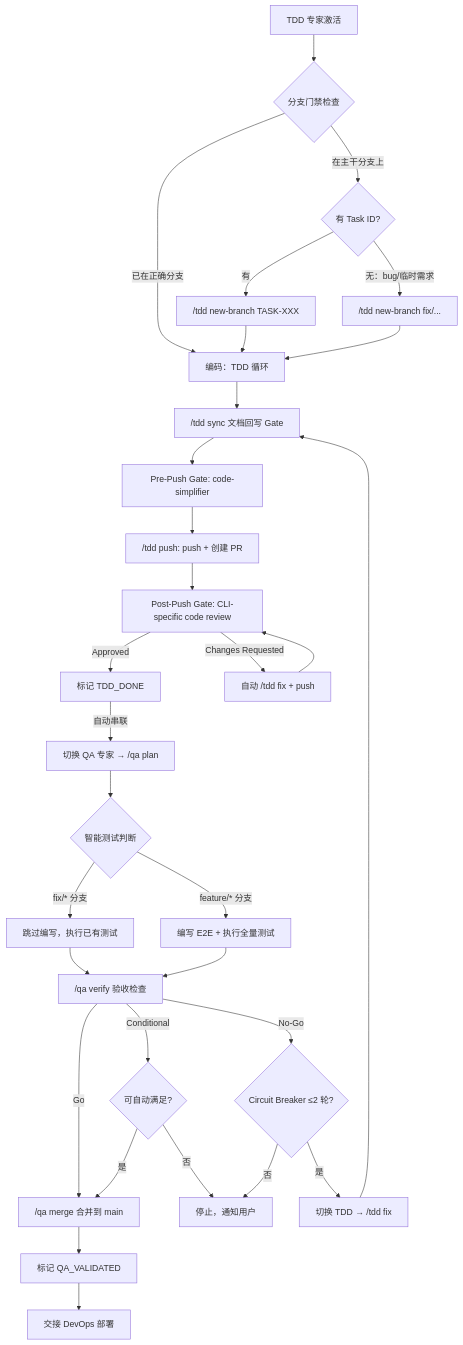
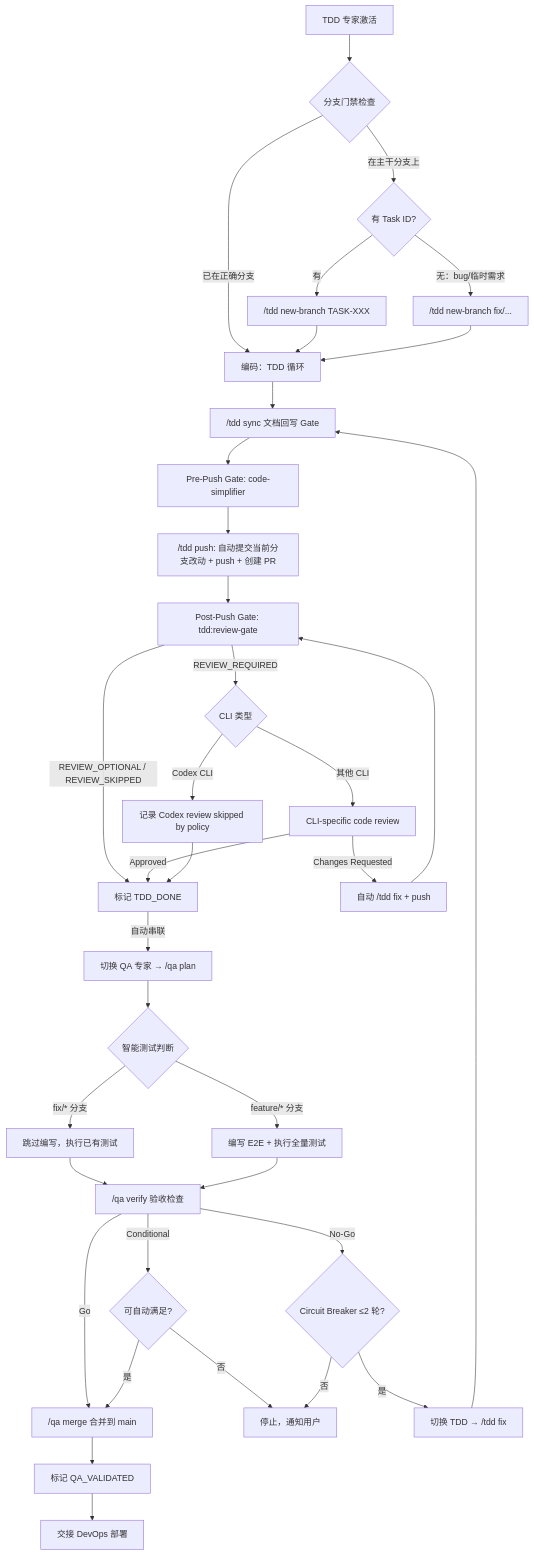
The diagram in AgentRoles/Handbooks/TDD-PROGRAMMING-EXPERT.playbook.md (hollisyao2024/PromptsEngineering), drawn with Mermaid before and after one commit. The commit also changed other lines of this file and 9 other files, not shown here.

First line of the commit message:
feat: review gate policy (#6)

````diff
--- a/AgentRoles/Handbooks/TDD-PROGRAMMING-EXPERT.playbook.md
+++ b/AgentRoles/Handbooks/TDD-PROGRAMMING-EXPERT.playbook.md
@@ -194,33 +196,38 @@
 ```mermaid
 flowchart TD
     A[TDD 专家激活] --> B{分支门禁检查}
     B -->|在主干分支上| C{有 Task ID?}
     B -->|已在正确分支| F[编码：TDD 循环]
     C -->|有| D["/tdd new-branch TASK-XXX"]
     C -->|无：bug/临时需求| E["/tdd new-branch fix/..."]
     D --> F
     E --> F
     F --> G["/tdd sync 文档回写 Gate"]
     G --> G2["Pre-Push Gate: code-simplifier"]
-    G2 --> H["/tdd push: push + 创建 PR"]
-    H --> H2["Post-Push Gate: CLI-specific code review"]
-    H2 -->|Approved| I[标记 TDD_DONE]
-    H2 -->|Changes Requested| H3["自动 /tdd fix + push"]
-    H3 --> H2
+    G2 --> H["/tdd push: 自动提交当前分支改动 + push + 创建 PR"]
+    H --> H2["Post-Push Gate: tdd:review-gate"]
+    H2 -->|REVIEW_REQUIRED| H3{CLI 类型}
+    H2 -->|REVIEW_OPTIONAL / REVIEW_SKIPPED| I[标记 TDD_DONE]
+    H3 -->|Codex CLI| H4["记录 Codex review skipped by policy"]
+    H3 -->|其他 CLI| H5["CLI-specific code review"]
+    H5 -->|Approved| I
+    H4 --> I
+    H5 -->|Changes Requested| H6["自动 /tdd fix + push"]
+    H6 --> H2
     I -->|自动串联| QA1["切换 QA 专家 → /qa plan"]
     QA1 --> QA2{智能测试判断}
     QA2 -->|fix/* 分支| QA3[跳过编写，执行已有测试]
     QA2 -->|feature/* 分支| QA4[编写 E2E + 执行全量测试]
     QA3 --> QA5["/qa verify 验收检查"]
     QA4 --> QA5
     QA5 -->|Go| QA6["/qa merge 合并到 main"]
     QA5 -->|Conditional| QA7{可自动满足?}
     QA7 -->|是| QA6
     QA7 -->|否| STOP[停止，通知用户]
     QA5 -->|No-Go| QA8{Circuit Breaker ≤2 轮?}
     QA8 -->|是| FIX["切换 TDD → /tdd fix"]
     QA8 -->|否| STOP
     FIX --> G
     QA6 --> QA9[标记 QA_VALIDATED]
     QA9 --> DEPLOY[交接 DevOps 部署]
 ```
````
